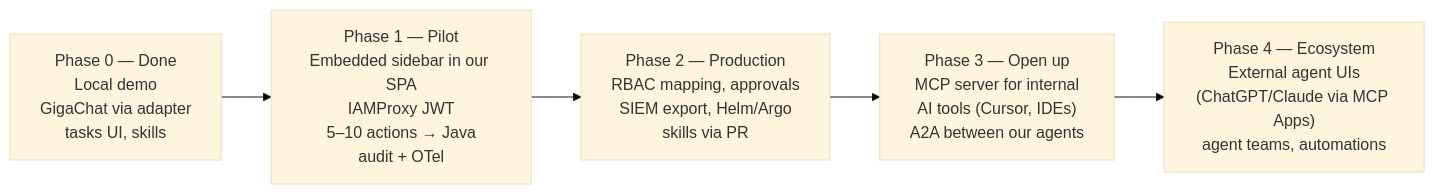
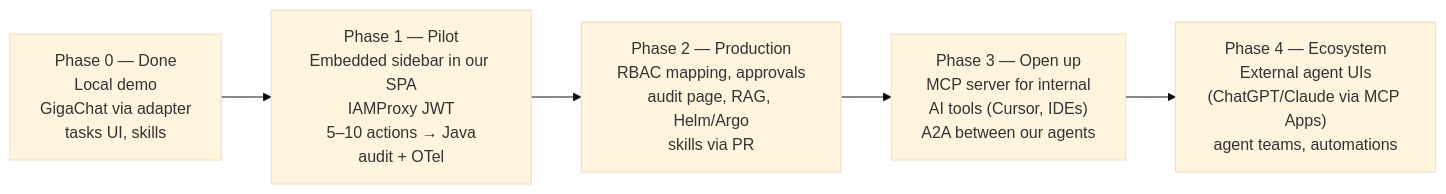
One commit to LudwigAndreas/agent-design-system changed the seventh of 8 diagrams in docs/architecture.md. Above: the diagram before and after it, drawn with Mermaid (base theme). The commit also changed other lines of this file, not shown here.

Commit message:
updated architecture

````diff
--- a/docs/architecture.md
+++ b/docs/architecture.md
@@ -466,9 +565,9 @@
 ```mermaid
 flowchart LR
     P0["Phase 0 — Done<br/>Local demo<br/>GigaChat via adapter<br/>tasks UI, skills"]
     P1["Phase 1 — Pilot<br/>Embedded sidebar in our SPA<br/>IAMProxy JWT<br/>5–10 actions → Java<br/>audit + OTel"]
-    P2["Phase 2 — Production<br/>RBAC mapping, approvals<br/>SIEM export, Helm/Argo<br/>skills via PR"]
+    P2["Phase 2 — Production<br/>RBAC mapping, approvals<br/>audit page, RAG, Helm/Argo<br/>skills via PR"]
     P3["Phase 3 — Open up<br/>MCP server for internal<br/>AI tools (Cursor, IDEs)<br/>A2A between our agents"]
     P4["Phase 4 — Ecosystem<br/>External agent UIs<br/>(ChatGPT/Claude via MCP Apps)<br/>agent teams, automations"]
     P0 --> P1 --> P2 --> P3 --> P4
 ```
````
